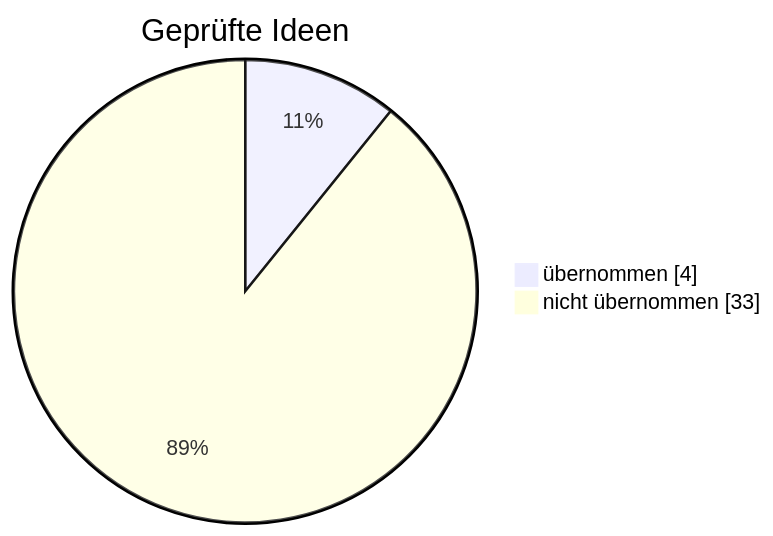
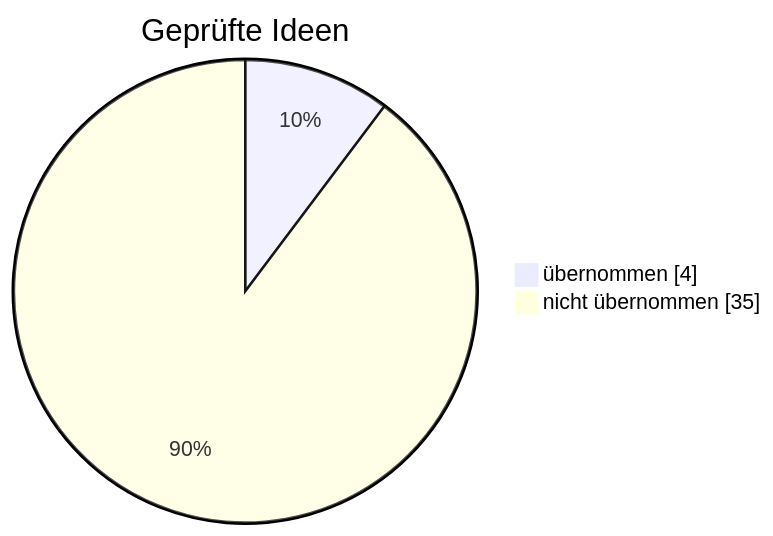
Before and after one commit to sickingmalte-arch/Test-Bot: the diagram in gehirn/Notizen/Was der Bot schon weiß.md, drawn with Mermaid. The commit also changed other lines of this file and 8 other files, not shown here.

````diff
--- a/gehirn/Notizen/Was der Bot schon weiß.md
+++ b/gehirn/Notizen/Was der Bot schon weiß.md
@@ -19,6 +19,6 @@
 ```mermaid
 pie showData
     title Geprüfte Ideen
     "übernommen" : 4
-    "nicht übernommen" : 33
+    "nicht übernommen" : 35
 ```
````
